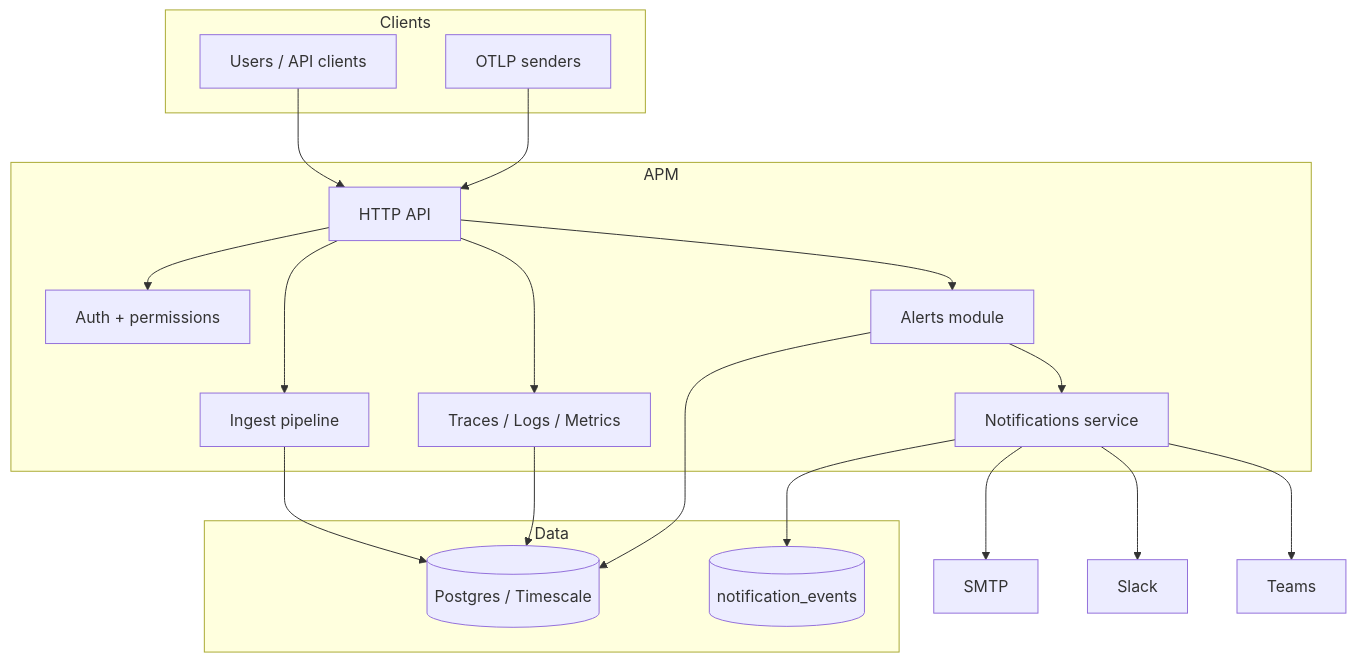
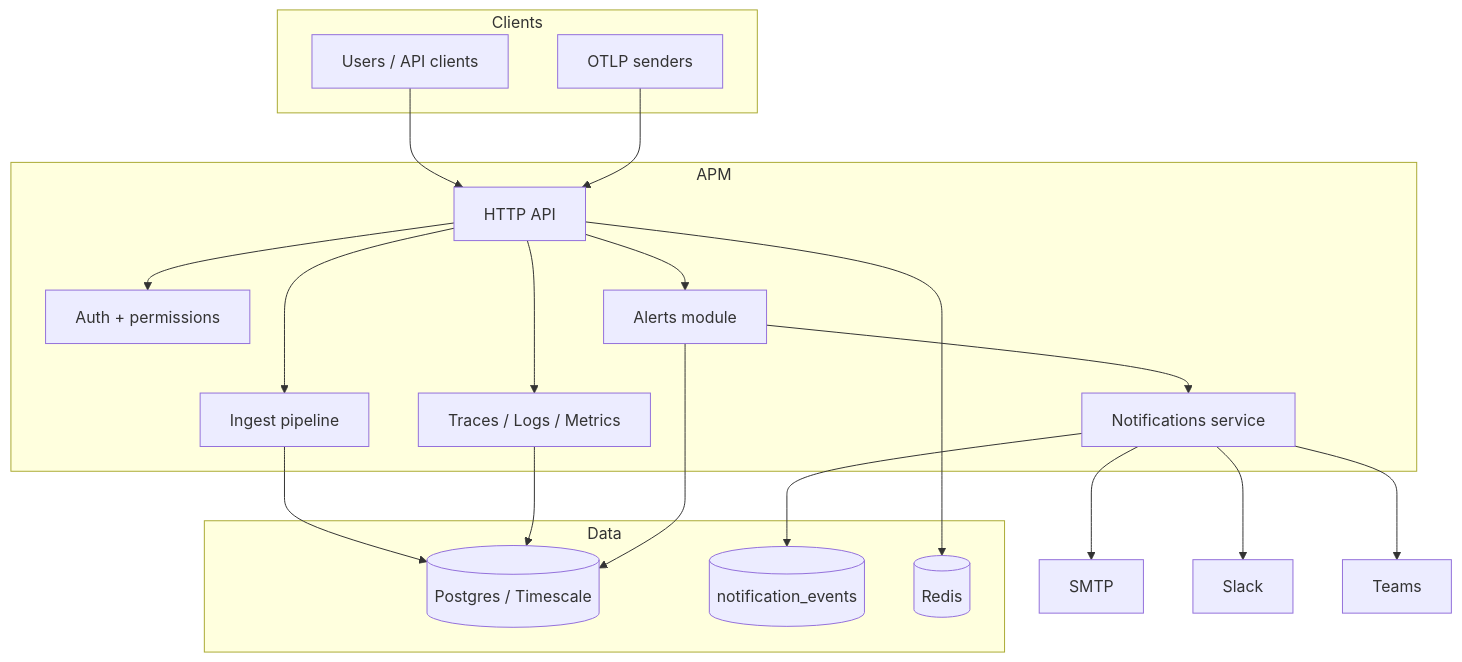
Before and after one commit to Maitrimodii/apm_master: the first of 6 diagrams in ARCHITECTURE.md, drawn with Mermaid. The commit also changed other lines of this file and 1 other file, not shown here.

Commit message:
feat: add background scheduler for telemetry retention and implement Redis-backed API rate limiting

````diff
--- a/ARCHITECTURE.md
+++ b/ARCHITECTURE.md
@@ -28,36 +28,38 @@
 ```mermaid
 flowchart TB
     subgraph Clients
         U[Users / API clients]
         O[OTLP senders]
     end
 
     subgraph APM
         API[HTTP API]
         AUTH[Auth + permissions]
         INGEST[Ingest pipeline]
         QUERY[Traces / Logs / Metrics]
         ALERTS[Alerts module]
         NOTIFY[Notifications service]
     end
 
     subgraph Data
         DB[(Postgres / Timescale)]
         EVT[(notification_events)]
+        CACHE[(Redis)]
     end
 
     U --> API
     O --> API
+    API --> CACHE
     API --> AUTH
     API --> INGEST
     API --> QUERY
     API --> ALERTS
     ALERTS --> NOTIFY
     INGEST --> DB
     QUERY --> DB
     ALERTS --> DB
     NOTIFY --> EVT
     NOTIFY --> SMTP[SMTP]
     NOTIFY --> SLACK[Slack]
     NOTIFY --> TEAMS[Teams]
 ```
````
